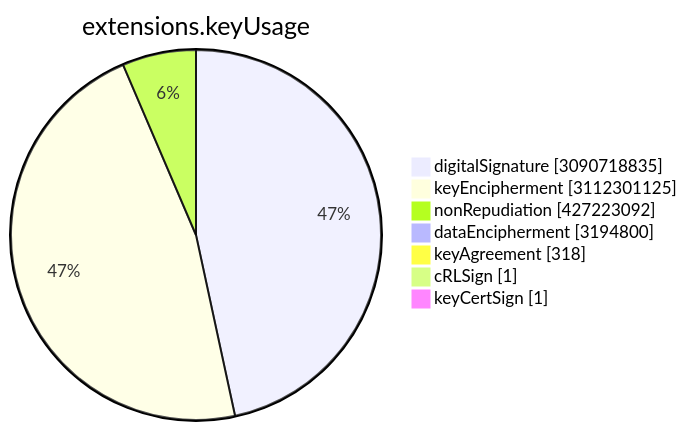
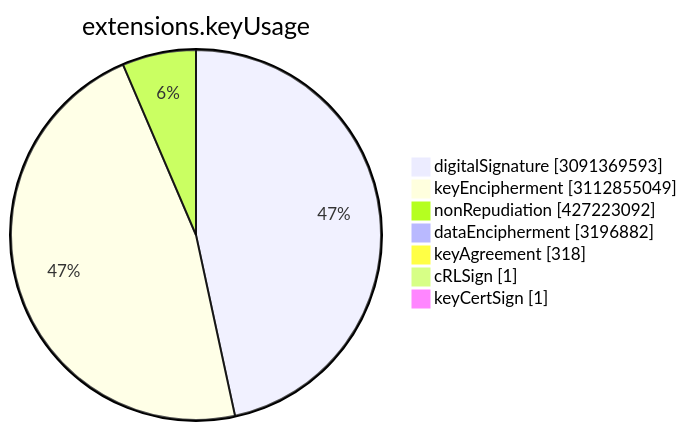
Before and after one commit to christiankrug/ctmonitor_visualization: the sixth of 15 diagrams in TOTAL/README.md, drawn with Mermaid. The commit also changed other lines of this file, not shown here.

````diff
--- a/TOTAL/README.md
+++ b/TOTAL/README.md
@@ -3075,11 +3075,11 @@
 ```mermaid
 pie showData
 title extensions.keyUsage
-"digitalSignature" :3090718835
-"keyEncipherment" :3112301125
+"digitalSignature" :3091369593
+"keyEncipherment" :3112855049
 "nonRepudiation" :427223092
-"dataEncipherment" :3194800
+"dataEncipherment" :3196882
 "keyAgreement" :318
 "cRLSign" :1
 "keyCertSign" :1
 ```
````
